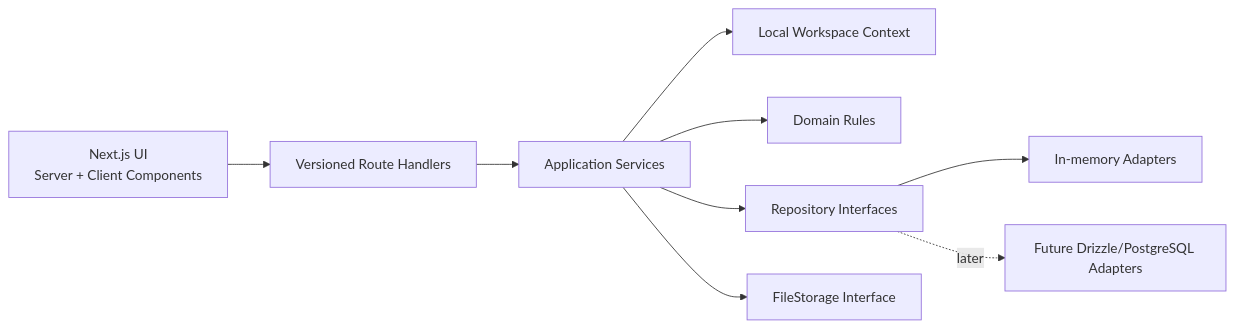
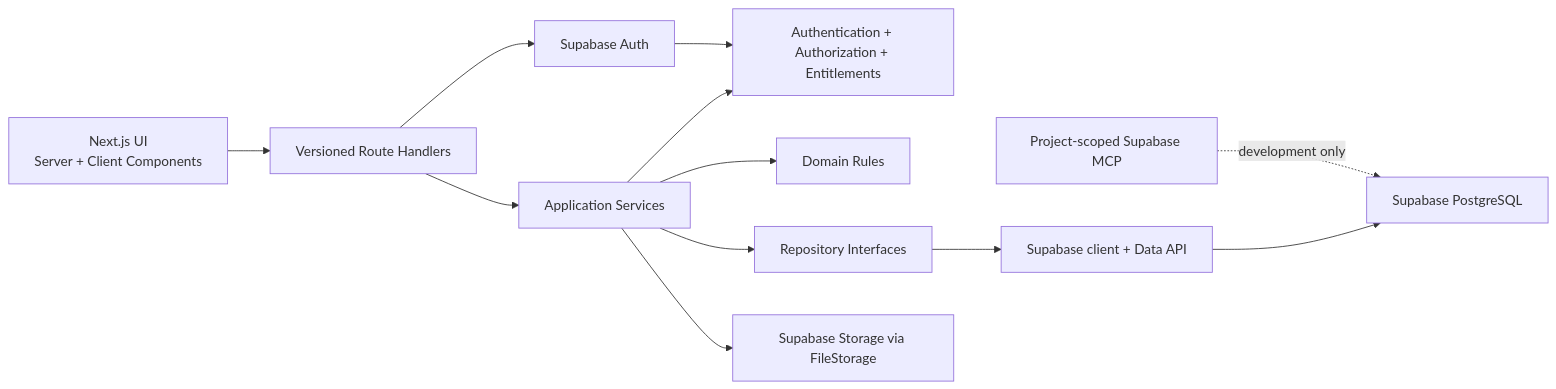
Before and after one commit to mzubairhassan18/planisher: the diagram in docs/PRODUCT_AND_BUILD_PLAN.md, drawn with Mermaid. The commit also changed other lines of this file and 82 other files, not shown here.

````diff
--- a/docs/PRODUCT_AND_BUILD_PLAN.md
+++ b/docs/PRODUCT_AND_BUILD_PLAN.md
@@ -580,21 +611,26 @@
 ```mermaid
 flowchart LR
     UI["Next.js UI<br/>Server + Client Components"]
     API["Versioned Route Handlers"]
     APP["Application Services"]
-    CONTEXT["Local Workspace Context"]
+    POLICY["Authentication + Authorization + Entitlements"]
     DOMAIN["Domain Rules"]
     REPO["Repository Interfaces"]
-    MEMORY["In-memory Adapters"]
-    PG["Future Drizzle/PostgreSQL Adapters"]
-    FILES["FileStorage Interface"]
+    DATAAPI["Supabase client + Data API"]
+    PG["Supabase PostgreSQL"]
+    FILES["Supabase Storage via FileStorage"]
+    AUTH["Supabase Auth"]
+    MCP["Project-scoped Supabase MCP"]
 
     UI --> API
     API --> APP
-    APP --> CONTEXT
+    API --> AUTH
+    APP --> POLICY
     APP --> DOMAIN
     APP --> REPO
-    REPO --> MEMORY
-    REPO -. later .-> PG
+    REPO --> DATAAPI
+    DATAAPI --> PG
     APP --> FILES
+    AUTH --> POLICY
+    MCP -. development only .-> PG
 ```
````
